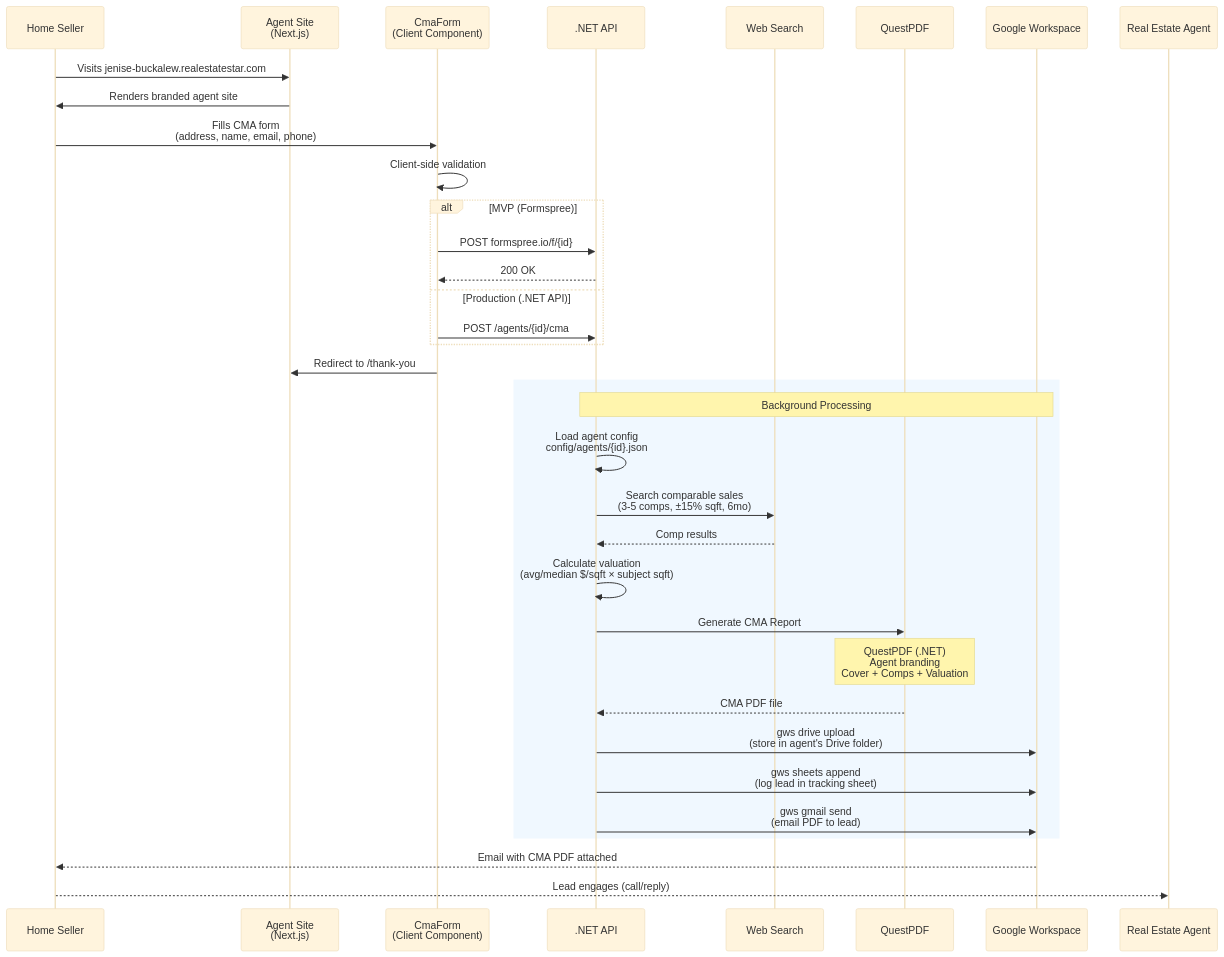
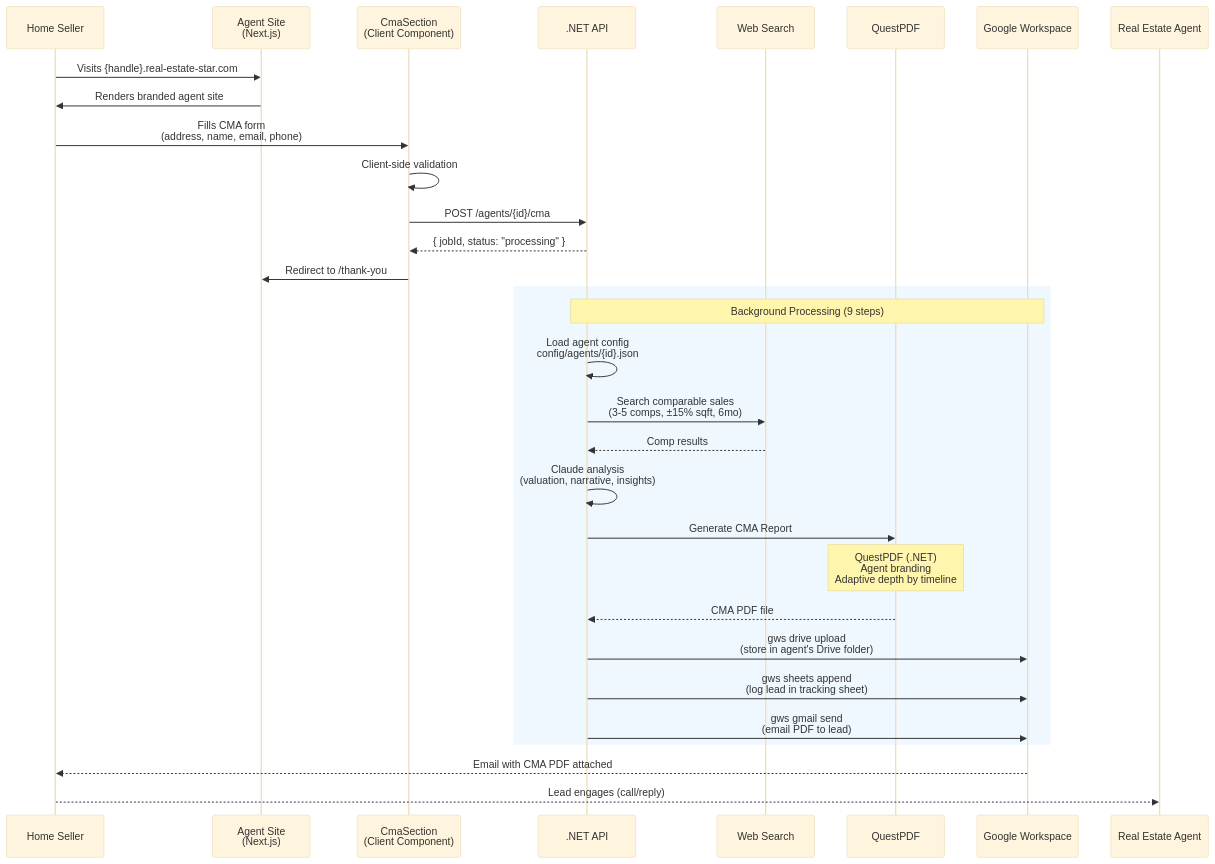
One commit to edward-rosado/jenisesells-website changed the first of 2 diagrams in docs/architecture/cma-pipeline.md. Above: the diagram before and after it, drawn with Mermaid (base theme). The commit also changed other lines of this file and 34 other files, not shown here.

First line of the commit message:
feat: consolidate CMA form submission into packages/ui, remove Formspree

````diff
--- a/docs/architecture/cma-pipeline.md
+++ b/docs/architecture/cma-pipeline.md
@@ -5,47 +5,43 @@
 ```mermaid
 sequenceDiagram
     participant Lead as Home Seller
     participant Site as Agent Site<br/>(Next.js)
-    participant Form as CmaForm<br/>(Client Component)
+    participant Form as CmaSection<br/>(Client Component)
     participant API as .NET API
     participant Search as Web Search
     participant PDF as QuestPDF
     participant GWS as Google Workspace
     participant Agent as Real Estate Agent
 
-    Lead->>Site: Visits jenise-buckalew.realestatestar.com
+    Lead->>Site: Visits {handle}.real-estate-star.com
     Site->>Lead: Renders branded agent site
 
     Lead->>Form: Fills CMA form<br/>(address, name, email, phone)
     Form->>Form: Client-side validation
 
-    alt MVP (Formspree)
-        Form->>API: POST formspree.io/f/{id}
-        API-->>Form: 200 OK
-    else Production (.NET API)
-        Form->>API: POST /agents/{id}/cma
-    end
+    Form->>API: POST /agents/{id}/cma
+    API-->>Form: { jobId, status: "processing" }
 
     Form->>Site: Redirect to /thank-you
 
     rect rgb(240, 248, 255)
-        Note over API,GWS: Background Processing
+        Note over API,GWS: Background Processing (9 steps)
         API->>API: Load agent config<br/>config/agents/{id}.json
         API->>Search: Search comparable sales<br/>(3-5 comps, ±15% sqft, 6mo)
         Search-->>API: Comp results
 
-        API->>API: Calculate valuation<br/>(avg/median $/sqft × subject sqft)
+        API->>API: Claude analysis<br/>(valuation, narrative, insights)
 
         API->>PDF: Generate CMA Report
-        Note over PDF: QuestPDF (.NET)<br/>Agent branding<br/>Cover + Comps + Valuation
+        Note over PDF: QuestPDF (.NET)<br/>Agent branding<br/>Adaptive depth by timeline
 
         PDF-->>API: CMA PDF file
 
         API->>GWS: gws drive upload<br/>(store in agent's Drive folder)
         API->>GWS: gws sheets append<br/>(log lead in tracking sheet)
         API->>GWS: gws gmail send<br/>(email PDF to lead)
     end
 
     GWS-->>Lead: Email with CMA PDF attached
     Lead-->>Agent: Lead engages (call/reply)
 ```
````
